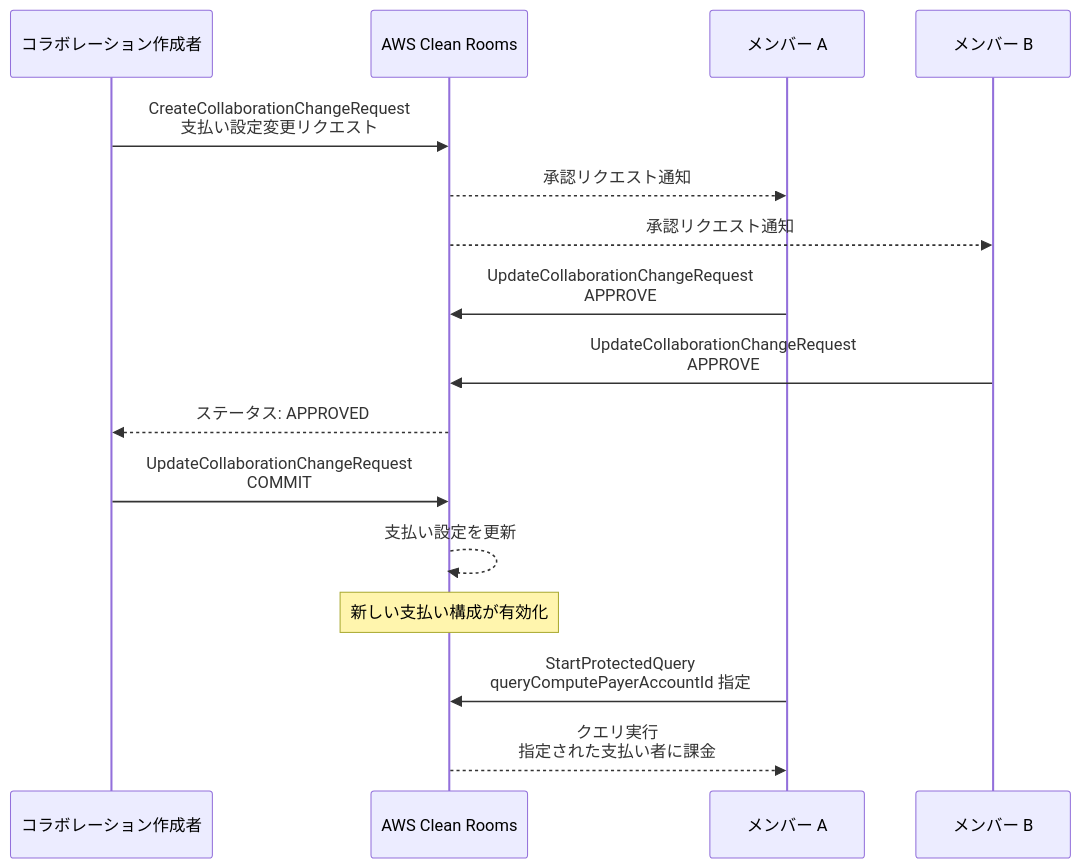
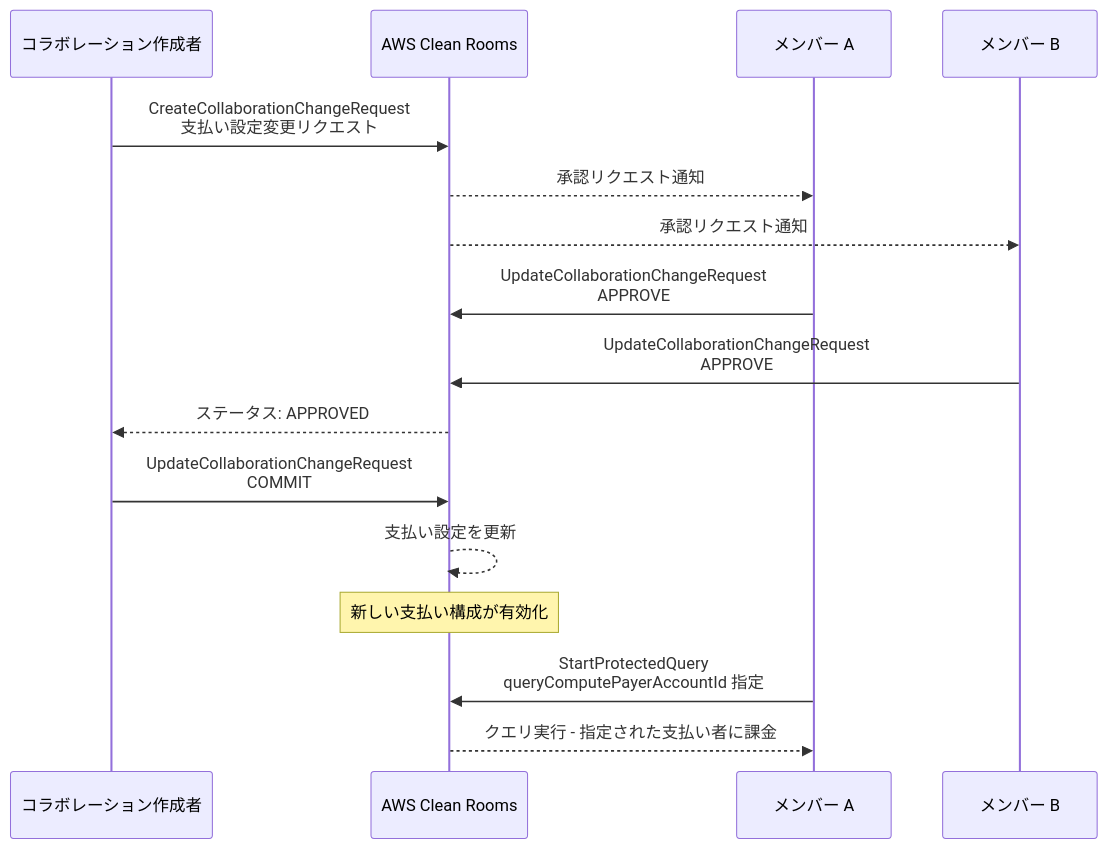
Before and after one commit to takech9203/aws-news-summary: the diagram in reports/2026/2026-05-22-aws-clean-rooms-mutable-payments.md, drawn with Mermaid. The commit also changed other lines of this file and 2 other files, not shown here.

````diff
--- a/reports/2026/2026-05-22-aws-clean-rooms-mutable-payments.md
+++ b/reports/2026/2026-05-22-aws-clean-rooms-mutable-payments.md
@@ -29,19 +31,19 @@
 ```mermaid
 sequenceDiagram
     participant Creator as コラボレーション作成者
     participant CR as AWS Clean Rooms
     participant MemberA as メンバー A
     participant MemberB as メンバー B
 
     Creator->>CR: CreateCollaborationChangeRequest<br/>支払い設定変更リクエスト
     CR-->>MemberA: 承認リクエスト通知
     CR-->>MemberB: 承認リクエスト通知
     MemberA->>CR: UpdateCollaborationChangeRequest<br/>APPROVE
     MemberB->>CR: UpdateCollaborationChangeRequest<br/>APPROVE
     CR-->>Creator: ステータス: APPROVED
     Creator->>CR: UpdateCollaborationChangeRequest<br/>COMMIT
     CR-->>CR: 支払い設定を更新
     Note over CR: 新しい支払い構成が有効化
     MemberA->>CR: StartProtectedQuery<br/>queryComputePayerAccountId 指定
-    CR-->>MemberA: クエリ実行<br/>指定された支払い者に課金
+    CR-->>MemberA: クエリ実行 - 指定された支払い者に課金
 ```
````
